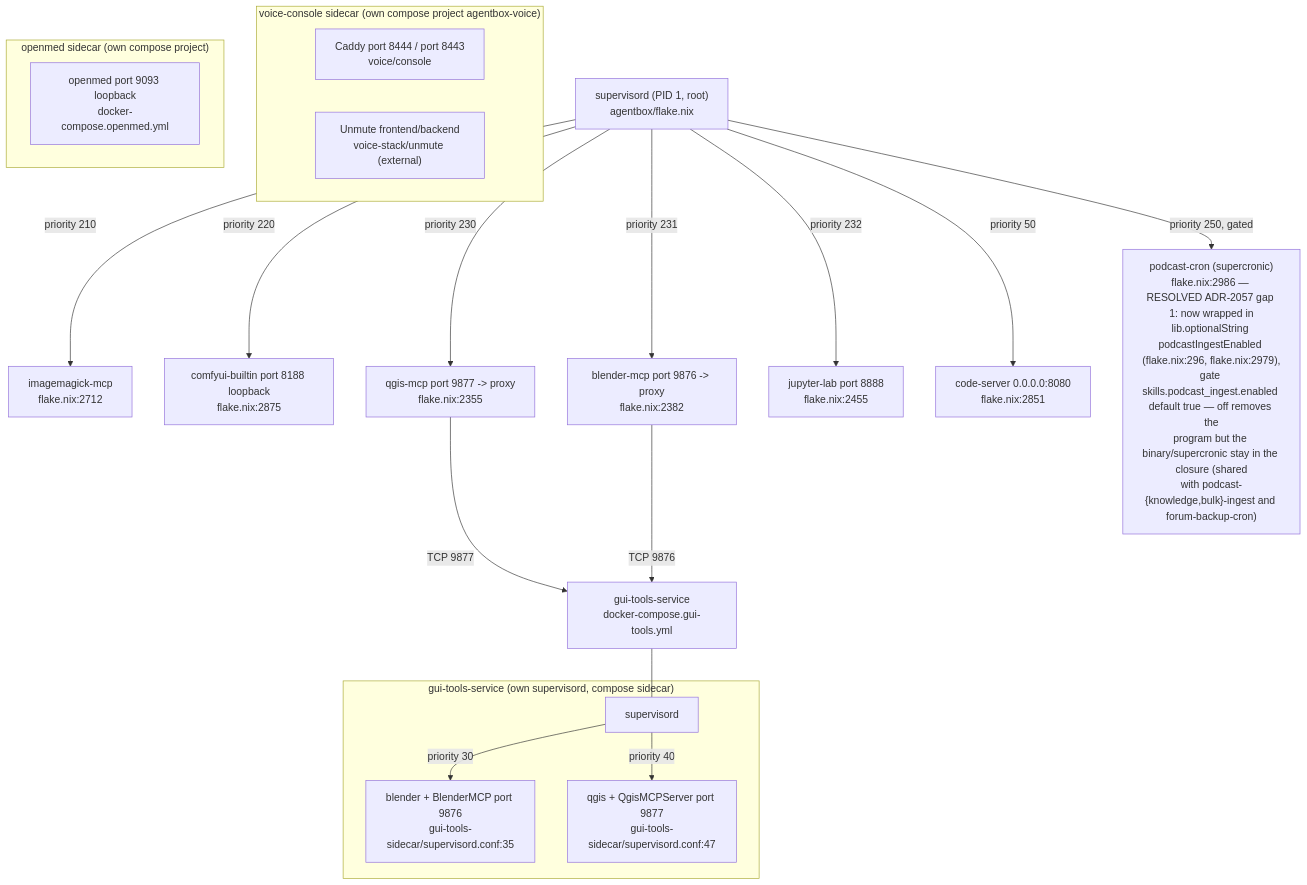
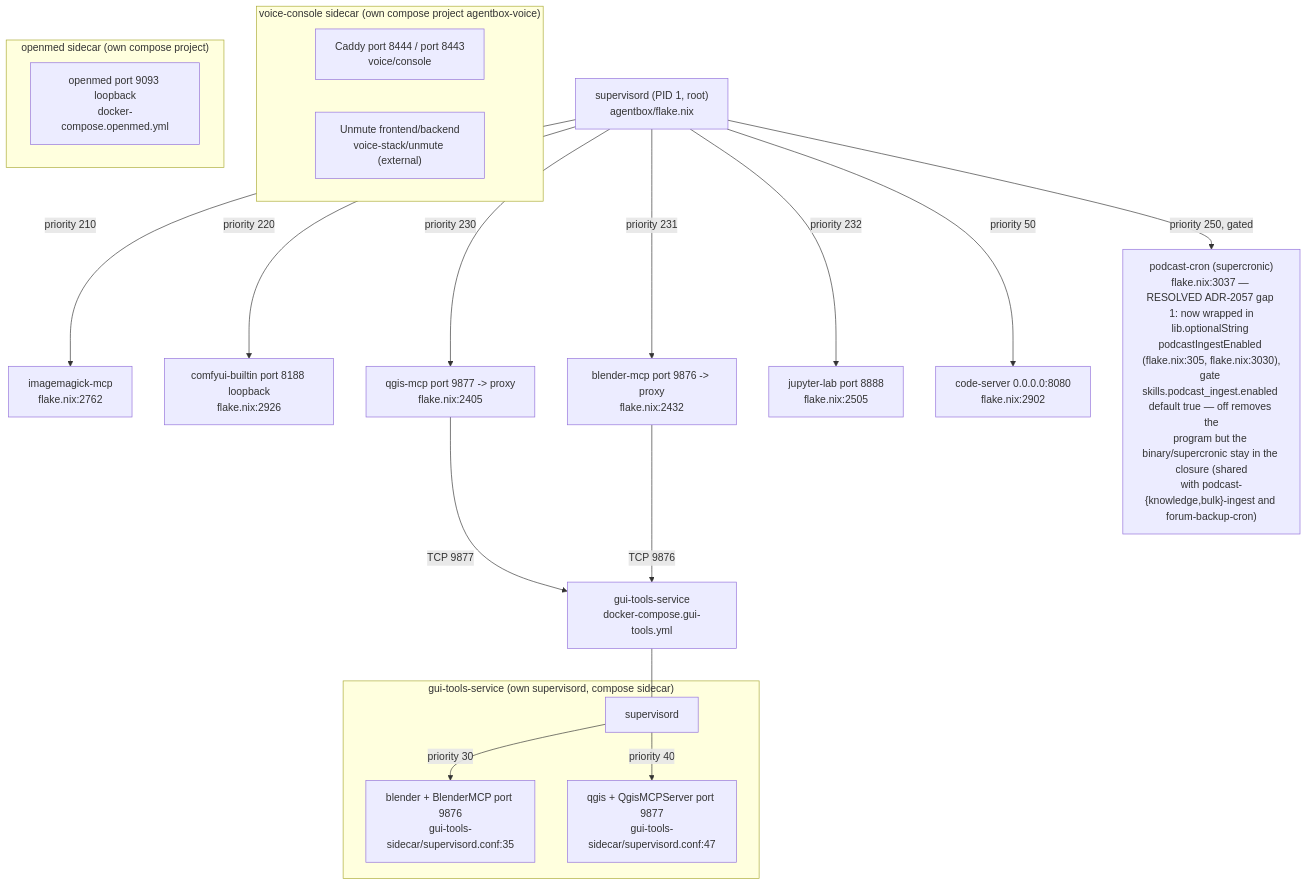
Before and after one commit to DreamLab-AI/VisionFlow: the tenth of 14 diagrams in docs/diagrams/agentbox/27-media-gpu-capability-services.md, drawn with Mermaid. The commit also changed other lines of this file and 36 other files, not shown here.

First line of the commit message:
docs(diagrams): re-derive and re-stamp agentbox, dream-engine, visioncraft, visiontouch and vowl topics; drop LAN addresses

````diff
--- a/docs/diagrams/agentbox/27-media-gpu-capability-services.md
+++ b/docs/diagrams/agentbox/27-media-gpu-capability-services.md
@@ -328,30 +328,30 @@
 ```mermaid
 flowchart TB
     SUP["supervisord (PID 1, root)<br/>agentbox/flake.nix"]
-    SUP -->|priority 210| IM["imagemagick-mcp<br/>flake.nix:2712"]
-    SUP -->|priority 220| CB["comfyui-builtin port 8188 loopback<br/>flake.nix:2875"]
-    SUP -->|priority 230| QM["qgis-mcp port 9877 -> proxy<br/>flake.nix:2355"]
-    SUP -->|priority 231| BM["blender-mcp port 9876 -> proxy<br/>flake.nix:2382"]
-    SUP -->|priority 232| JL["jupyter-lab port 8888<br/>flake.nix:2455"]
-    SUP -->|priority 50| CS["code-server 0.0.0.0:8080<br/>flake.nix:2851"]
-    SUP -->|priority 250, gated| PC["podcast-cron (supercronic)<br/>flake.nix:2986 — RESOLVED ADR-2057 gap 1: now wrapped in<br/>lib.optionalString podcastIngestEnabled (flake.nix:296, flake.nix:2979),<br/>gate skills.podcast_ingest.enabled default true — off removes the<br/>program but the binary/supercronic stay in the closure (shared<br/>with podcast-{knowledge,bulk}-ingest and forum-backup-cron)"]
+    SUP -->|priority 210| IM["imagemagick-mcp<br/>flake.nix:2762"]
+    SUP -->|priority 220| CB["comfyui-builtin port 8188 loopback<br/>flake.nix:2926"]
+    SUP -->|priority 230| QM["qgis-mcp port 9877 -> proxy<br/>flake.nix:2405"]
+    SUP -->|priority 231| BM["blender-mcp port 9876 -> proxy<br/>flake.nix:2432"]
+    SUP -->|priority 232| JL["jupyter-lab port 8888<br/>flake.nix:2505"]
+    SUP -->|priority 50| CS["code-server 0.0.0.0:8080<br/>flake.nix:2902"]
+    SUP -->|priority 250, gated| PC["podcast-cron (supercronic)<br/>flake.nix:3037 — RESOLVED ADR-2057 gap 1: now wrapped in<br/>lib.optionalString podcastIngestEnabled (flake.nix:305, flake.nix:3030),<br/>gate skills.podcast_ingest.enabled default true — off removes the<br/>program but the binary/supercronic stay in the closure (shared<br/>with podcast-{knowledge,bulk}-ingest and forum-backup-cron)"]
 
     QM -->|TCP 9877| GTS["gui-tools-service<br/>docker-compose.gui-tools.yml"]
     BM -->|TCP 9876| GTS
 
     subgraph sidecar["gui-tools-service (own supervisord, compose sidecar)"]
         GSUP["supervisord"]
         GSUP -->|priority 30| GB["blender + BlenderMCP port 9876<br/>gui-tools-sidecar/supervisord.conf:35"]
         GSUP -->|priority 40| GQ["qgis + QgisMCPServer port 9877<br/>gui-tools-sidecar/supervisord.conf:47"]
     end
     GTS --- GSUP
 
     subgraph voicesc["voice-console sidecar (own compose project agentbox-voice)"]
         CADDY["Caddy port 8444 / port 8443<br/>voice/console"]
         UNMUTE["Unmute frontend/backend<br/>voice-stack/unmute (external)"]
     end
 
     subgraph openmedsc["openmed sidecar (own compose project)"]
         OM["openmed port 9093 loopback<br/>docker-compose.openmed.yml"]
     end
 ```
````
